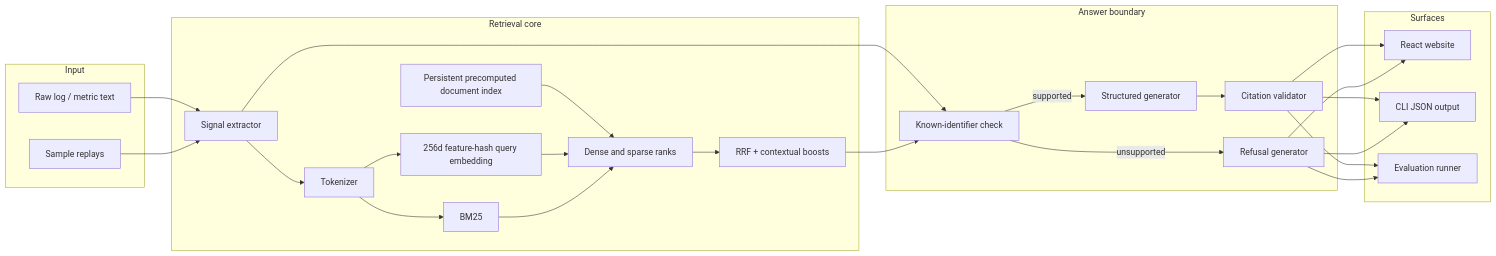
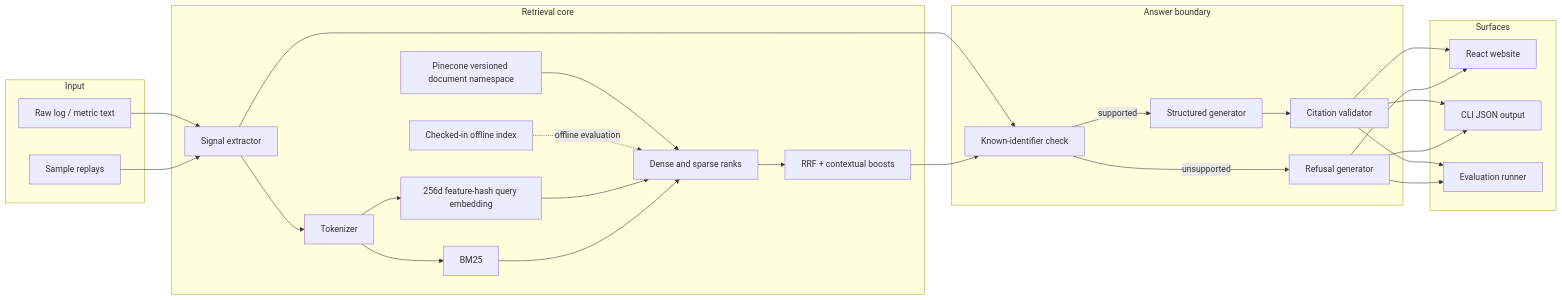
Before and after one commit to sivalinb/gpu-signal-atlas: the second of 3 diagrams in docs/ARCHITECTURE.md, drawn with Mermaid. The commit also changed other lines of this file and 18 other files, not shown here.

````diff
--- a/docs/ARCHITECTURE.md
+++ b/docs/ARCHITECTURE.md
@@ -25,51 +30,53 @@
 ```mermaid
 flowchart LR
     subgraph Input
       A[Raw log / metric text]
       B[Sample replays]
     end
 
     subgraph Retrieval core
       X[Signal extractor]
       T[Tokenizer]
       V[256d feature-hash query embedding]
-      P[Persistent precomputed document index]
+      P[Pinecone versioned document namespace]
+      L[Checked-in offline index]
       M[BM25]
       R[Dense and sparse ranks]
       F[RRF + contextual boosts]
     end
 
     subgraph Answer boundary
       K[Known-identifier check]
       G[Structured generator]
       Q[Refusal generator]
       Z[Citation validator]
     end
 
     subgraph Surfaces
       UI[React website]
       CLI[CLI JSON output]
       EV[Evaluation runner]
     end
 
     A --> X
     B --> X
     X --> T
     T --> V
     P --> R
+    L -. offline evaluation .-> R
     T --> M
     V --> R
     M --> R
     R --> F
     X --> K
     F --> K
     K -->|supported| G
     K -->|unsupported| Q
     G --> Z
     Z --> UI
     Z --> CLI
     Z --> EV
     Q --> UI
     Q --> CLI
     Q --> EV
 ```
````
